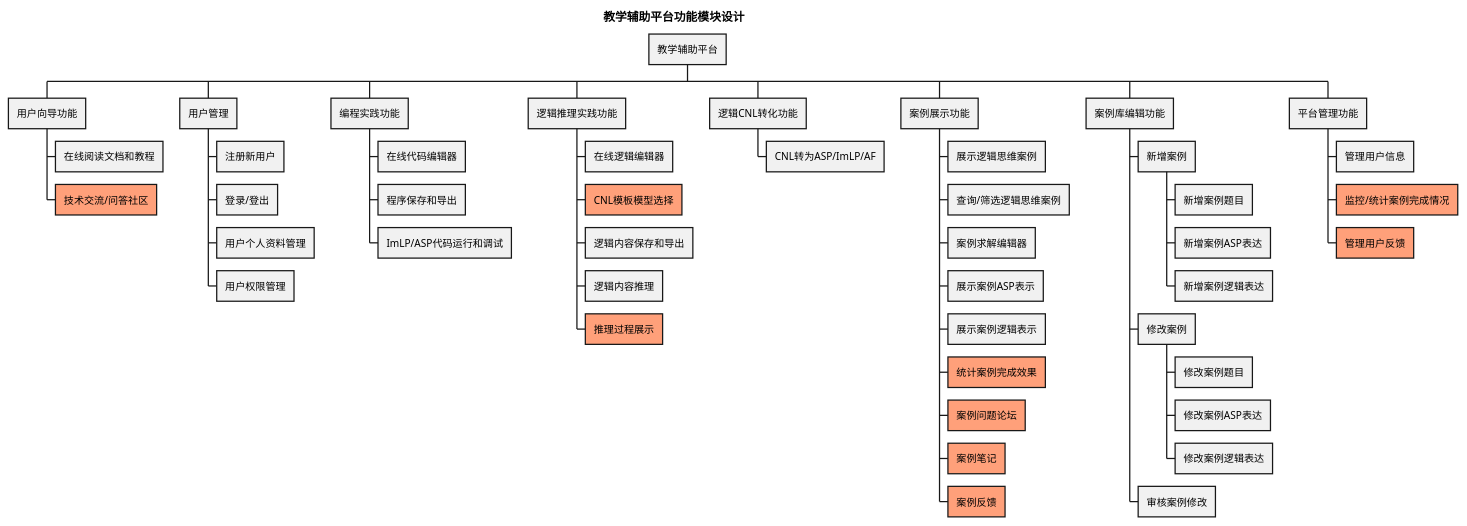
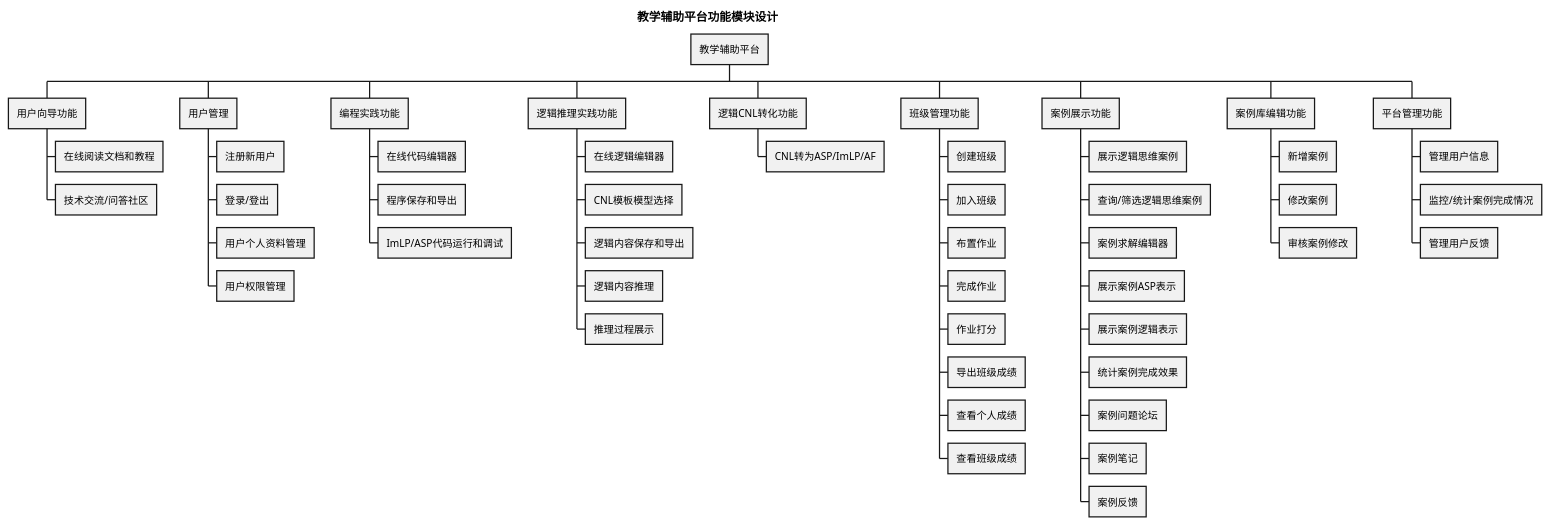
One commit to reaLJR/Logical-thinking-and-programming changed the fourth of 4 diagrams in platform-design/design-docs/my-software-design.wsd. Above: the diagram before and after it, drawn with PlantUML. The commit also changed other lines of this file and 26 other files, not shown here.

```diff
--- a/platform-design/design-docs/my-software-design.wsd
+++ b/platform-design/design-docs/my-software-design.wsd
@@ -294,98 +306,102 @@
 @startwbs 功能模块设计(删减)
 title "教学辅助平台功能模块设计"
 ' 提供教学辅助平台，展示逻辑思维案例，提供编辑界面，程序提交、保存、运行
 ' 设计和实现符合逻辑思维编程语言：友好易于使用，体现不同逻辑思维模式
 ' 学生使用受控自然语言（CNL），系统将其转化成ASP等逻辑语言并运行得到答案
 ' 建立逻辑思维案例库，训练学生逻辑思维，设计算法将其自动转为逻辑程序
 ' 逻辑问题自动理解和求解（机器阅读）， 构建不同思维模式算法模型
 
 ' 构建教研平台，实现如下功能:
 ' 1、基于 ASP、ImLP语言的问题定义提交和运行测试、调试
 ' 2、基于 ImLP/ASP 的定义、演绎、溯因、归纳等思维模式的构建和友好编程界面，以及说明(需要定义 ASP/ImLP的更贴近自然的逻辑的语言的语言，需要花大量时间)
 ' 3、调研并进行案例库建设:思维游戏、考公逻辑推理题目、医学逻辑题目、法律逻辑题目、SAT题目、……，给出原题、分类标签、结果、求解的思维过程、大模型测试结果、增删改查、可视化
 ' 4、学生自建案例的增删改查
 
 + 教学辅助平台
 ++ 用户向导功能
 +++ 在线阅读文档和教程
-+++[#LightSalmon] 技术交流/问答社区
++++ 技术交流/问答社区
 
 ++ 用户管理
 +++ 注册新用户
 +++ 登录/登出
 +++ 用户个人资料管理
 +++ 用户权限管理
 
 ++ 编程实践功能
 +++ 在线代码编辑器
 +++ 程序保存和导出
 +++ ImLP/ASP代码运行和调试
 
 
 ++ 逻辑推理实践功能
 +++ 在线逻辑编辑器
-+++[#LightSalmon] CNL模板模型选择
++++ CNL模板模型选择
 +++ 逻辑内容保存和导出
 +++ 逻辑内容推理
-+++[#LightSalmon] 推理过程展示
++++ 推理过程展示
 
 
 ++ 逻辑CNL转化功能
 +++ CNL转为ASP/ImLP/AF
+
+++ 班级管理功能
++++ 创建班级
++++ 加入班级
++++ 布置作业
++++ 完成作业
++++ 作业打分
++++ 导出班级成绩
++++ 查看个人成绩
++++ 查看班级成绩
 
 
 ++ 案例展示功能
 +++ 展示逻辑思维案例
 +++ 查询/筛选逻辑思维案例
 +++ 案例求解编辑器
 +++ 展示案例ASP表示
 +++ 展示案例逻辑表示
-+++[#LightSalmon] 统计案例完成效果
-+++[#LightSalmon] 案例问题论坛
-+++[#LightSalmon] 案例笔记
-+++[#LightSalmon] 案例反馈
++++ 统计案例完成效果
++++ 案例问题论坛
++++ 案例笔记
++++ 案例反馈
 
 ++ 案例库编辑功能
 +++ 新增案例
-++++ 新增案例题目
-++++ 新增案例ASP表达
-++++ 新增案例逻辑表达
 +++ 修改案例
-++++ 修改案例题目
-++++ 修改案例ASP表达
-++++ 修改案例逻辑表达
 +++ 审核案例修改
 
 ++ 平台管理功能
 +++ 管理用户信息
-+++[#LightSalmon] 监控/统计案例完成情况
-+++[#LightSalmon] 管理用户反馈
++++ 监控/统计案例完成情况
++++ 管理用户反馈
 
 ' caseCoder -> programCoder
 
 ' ++ 课程管理
 ' +++ 创建新课程
 ' +++ 编辑和更新课程信息
 ' +++ 课程分类和标签
 ' +++ 课程搜索和过滤
 ' +++ 课程评价和评论
 
 ' ++ 学习资源管理
 ' +++ 上传和共享学习资料
 ' +++ 下载和保存学习资料
 ' +++ 在线阅读文档和教程
 ' +++ 视频教程和演示
 
 ' ++ 社区互动功能
 ' +++ 讨论论坛和社交平台
 ' +++ 用户间私信和通知
 ' +++ 问答功能和知识共享
 ' +++ 点赞和收藏功能
 
 ' ++ 学习进度和成绩管理功能
 ' +++ 课程学习进度跟踪
 ' +++ 学习计划和提醒功能
 ' +++ 作业和考试成绩管理
 ' +++ 学习证书和徽章颁发
 
 @endwbs
```
